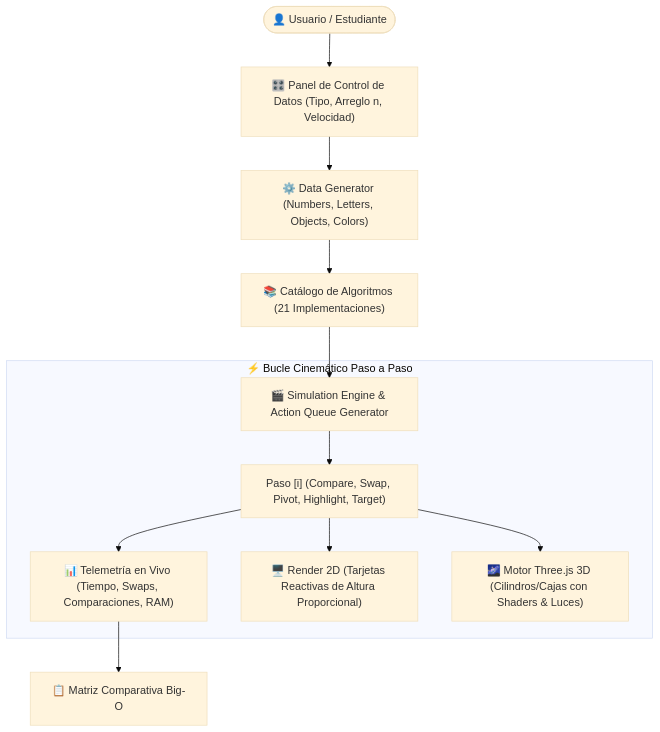
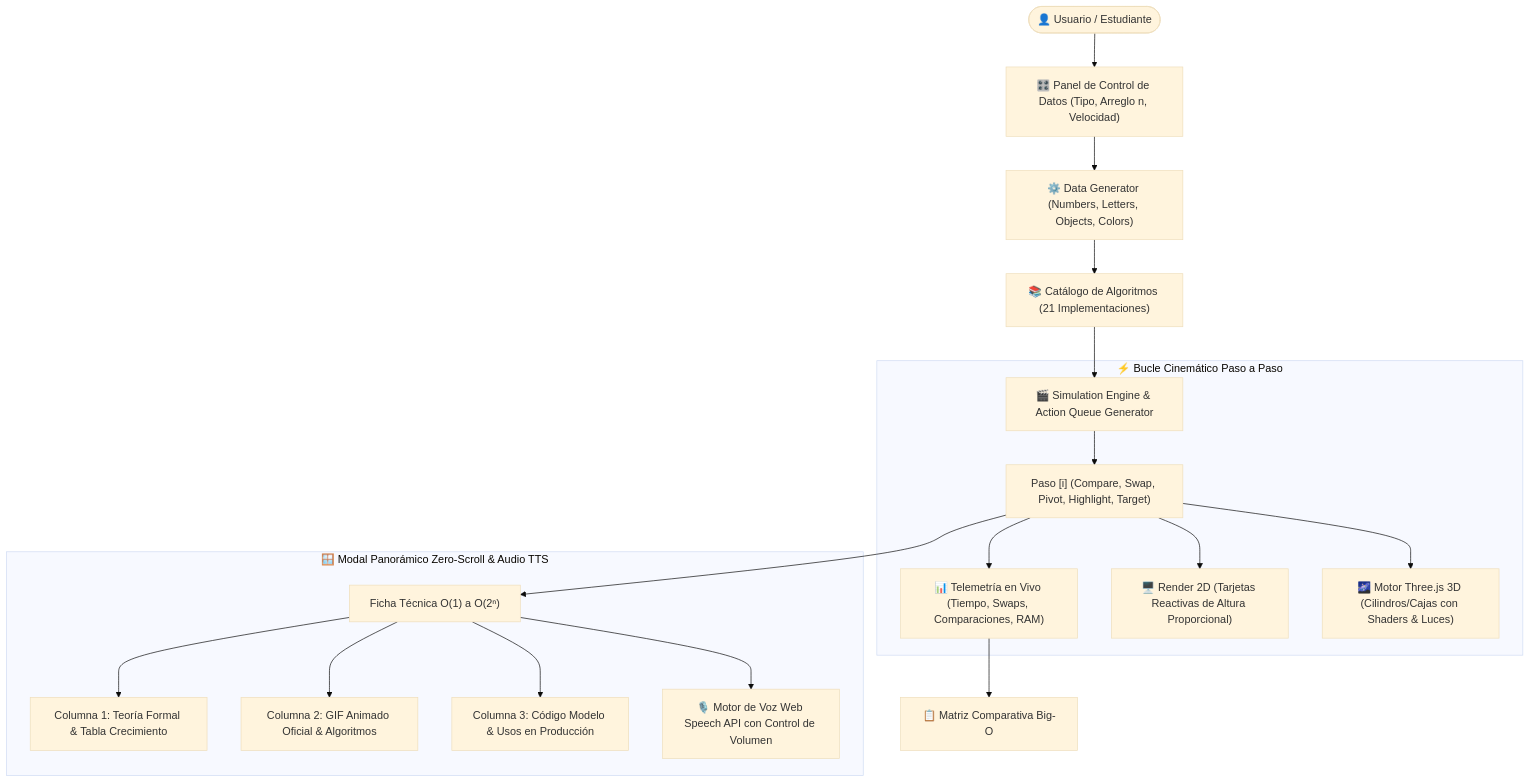
The diagram in README.md (JUANCITOPENA/enciclopedia-algoritmos-big-o-3d), drawn with Mermaid (base theme) before and after one commit. The commit also changed other lines of this file and 61 other files, not shown here.

First line of the commit message:
Nueva Version con Modal y Audio

````diff
--- a/README.md
+++ b/README.md
@@ -52,16 +60,24 @@
 ```mermaid
 flowchart TD
     User(["👤 Usuario / Estudiante"]) --> Input["🎛️ Panel de Control de Datos (Tipo, Arreglo n, Velocidad)"]
     Input --> Generator["⚙️ Data Generator (Numbers, Letters, Objects, Colors)"]
     Generator --> Catalog["📚 Catálogo de Algoritmos (21 Implementaciones)"]
     Catalog --> Engine["🎬 Simulation Engine & Action Queue Generator"]
     
     subgraph Execution ["⚡ Bucle Cinemático Paso a Paso"]
         Engine --> Step["Paso [i] (Compare, Swap, Pivot, Highlight, Target)"]
         Step --> Telemetry["📊 Telemetría en Vivo (Tiempo, Swaps, Comparaciones, RAM)"]
         Step --> View2D["🖥️ Render 2D (Tarjetas Reactivas de Altura Proporcional)"]
         Step --> View3D["🌌 Motor Three.js 3D (Cilindros/Cajas con Shaders & Luces)"]
     end
 
+    subgraph BigOModal ["🪟 Modal Panorámico Zero-Scroll & Audio TTS"]
+        Step --> BigO["Ficha Técnica O(1) a O(2ⁿ)"]
+        BigO --> Col1["Columna 1: Teoría Formal & Tabla Crecimiento"]
+        BigO --> Col2["Columna 2: GIF Animado Oficial & Algoritmos"]
+        BigO --> Col3["Columna 3: Código Modelo & Usos en Producción"]
+        BigO --> Voice["🎙️ Motor de Voz Web Speech API con Control de Volumen"]
+    end
+
     Telemetry --> Matrix["📋 Matriz Comparativa Big-O"]
 ```
````
